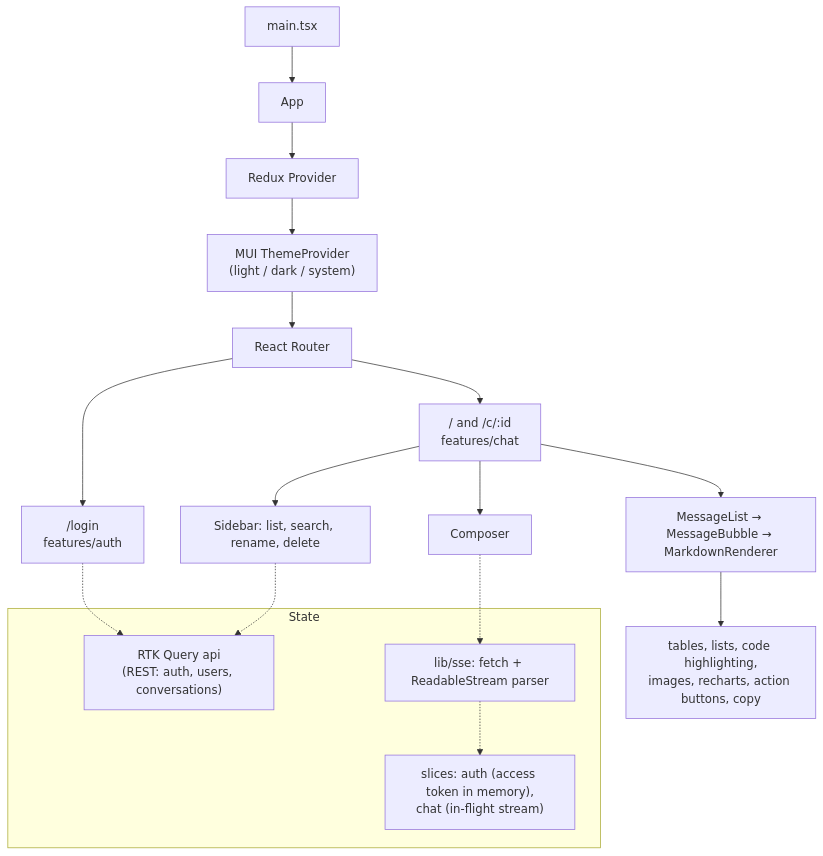
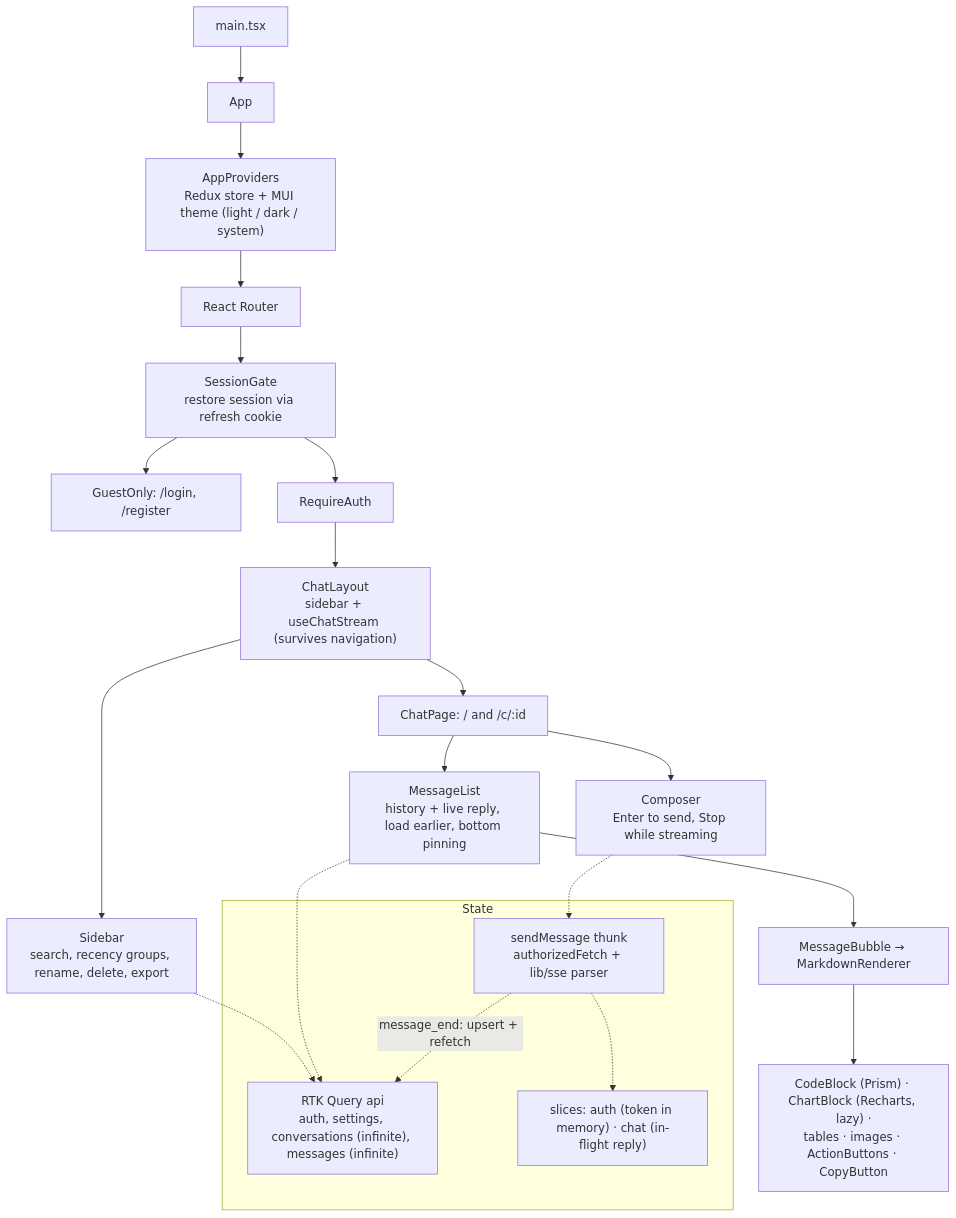
Before and after one commit to shravanchk/chatgpt-clone: the tenth of 10 diagrams in docs/diagrams.md, drawn with Mermaid. The commit also changed 7 other files, not shown here.

Commit message:
docs: features table, screenshots, frontend design, limitations and roadmap

````diff
--- a/docs/diagrams.md
+++ b/docs/diagrams.md
@@ -309,20 +309,25 @@
 ```mermaid
 flowchart TB
     main[main.tsx] --> App
-    App --> Provider[Redux Provider] --> Theme["MUI ThemeProvider<br/>(light / dark / system)"] --> Router[React Router]
-    Router --> Login["/login<br/>features/auth"]
-    Router --> Chat["/ and /c/:id<br/>features/chat"]
-    Chat --> Sidebar[Sidebar: list, search, rename, delete]
-    Chat --> Thread[MessageList → MessageBubble → MarkdownRenderer]
-    Chat --> Composer[Composer]
-    Thread --> Rich["tables, lists, code highlighting,<br/>images, recharts, action buttons, copy"]
+    App --> Providers["AppProviders<br/>Redux store + MUI theme (light / dark / system)"] --> Router[React Router]
+    Router --> Gate["SessionGate<br/>restore session via refresh cookie"]
+    Gate --> Guest["GuestOnly: /login, /register"]
+    Gate --> Auth[RequireAuth]
+    Auth --> Layout["ChatLayout<br/>sidebar + useChatStream (survives navigation)"]
+    Layout --> Sidebar["Sidebar<br/>search, recency groups, rename, delete, export"]
+    Layout --> Page["ChatPage: / and /c/:id"]
+    Page --> List["MessageList<br/>history + live reply, load earlier, bottom pinning"]
+    Page --> Composer["Composer<br/>Enter to send, Stop while streaming"]
+    List --> Bubble["MessageBubble → MarkdownRenderer"]
+    Bubble --> Rich["CodeBlock (Prism) · ChartBlock (Recharts, lazy) ·<br/>tables · images · ActionButtons · CopyButton"]
 
     subgraph state[State]
-        RTK["RTK Query api<br/>(REST: auth, users, conversations)"]
-        Slices["slices: auth (access token in memory),<br/>chat (in-flight stream)"]
-        SSE["lib/sse: fetch + ReadableStream parser"]
+        RTK["RTK Query api<br/>auth, settings, conversations (infinite), messages (infinite)"]
+        Slices["slices: auth (token in memory) · chat (in-flight reply)"]
+        SSE["sendMessage thunk<br/>authorizedFetch + lib/sse parser"]
     end
-    Login -.-> RTK
     Sidebar -.-> RTK
+    List -.-> RTK
     Composer -.-> SSE -.-> Slices
+    SSE -. "message_end: upsert + refetch" .-> RTK
 ```
````
